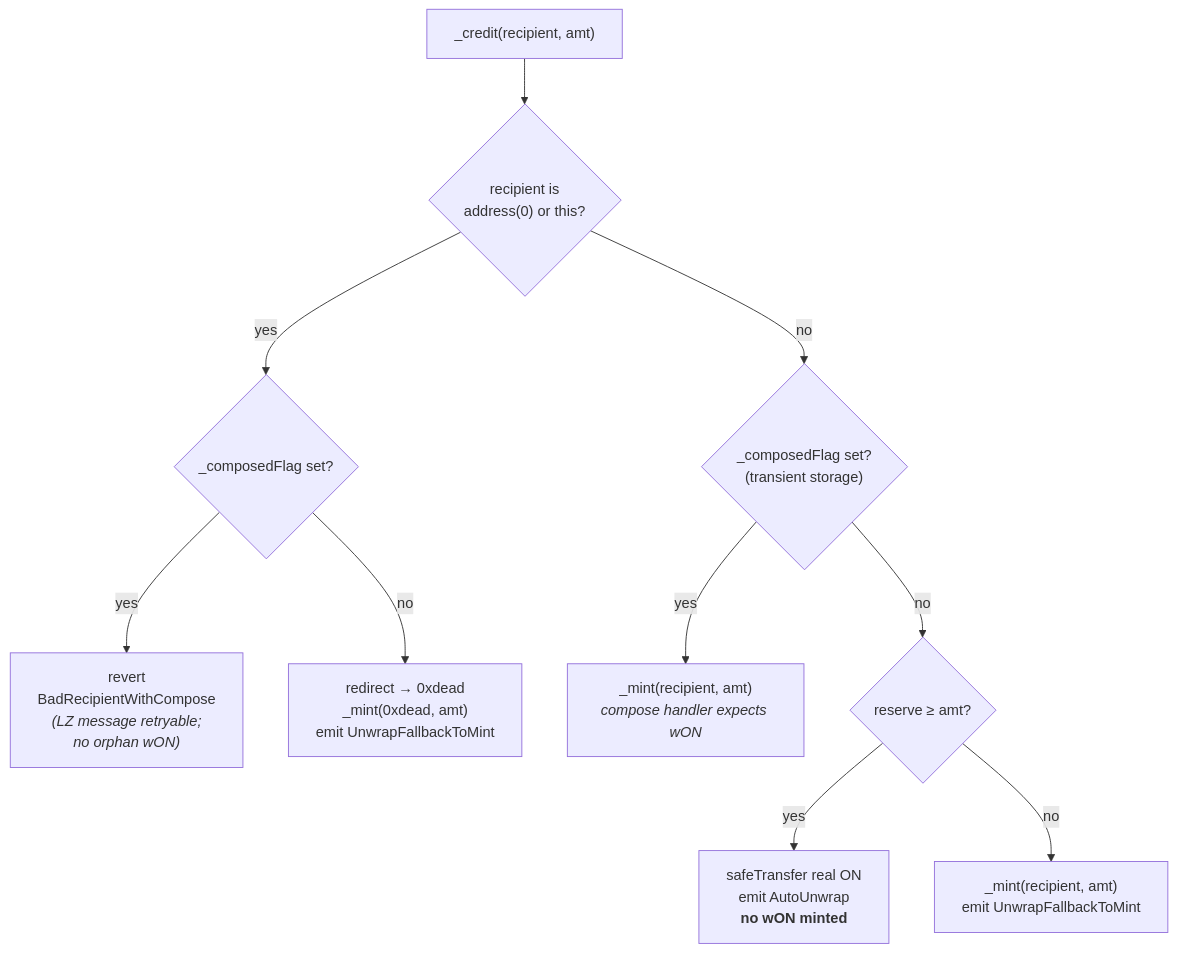
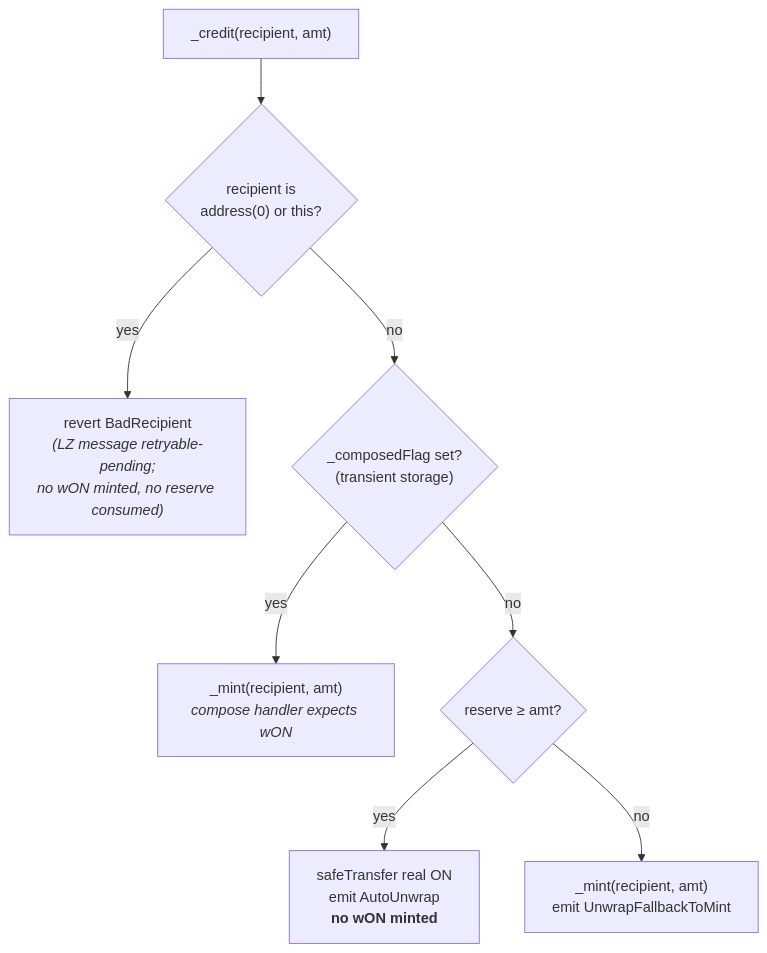
Before and after one commit to orochi-network/bridge: the third of 3 diagrams in docs/ARCHITECTURE.md, drawn with Mermaid. The commit also changed other lines of this file and 7 other files, not shown here.

First line of the commit message:
fix(_credit): replace 0xdead redirect with explicit BadRecipient revert

````diff
--- a/docs/ARCHITECTURE.md
+++ b/docs/ARCHITECTURE.md
@@ -124,12 +120,10 @@
 ```mermaid
 flowchart TD
     A["_credit(recipient, amt)"] --> B{"recipient is<br/>address(0) or this?"}
-    B -->|yes| BC{"_composedFlag set?"}
+    B -->|yes| BR["revert BadRecipient<br/><i>(LZ message retryable-pending;<br/>no wON minted, no reserve consumed)</i>"]
     B -->|no| D{"_composedFlag set?<br/>(transient storage)"}
-    BC -->|yes| BR["revert<br/>BadRecipientWithCompose<br/><i>(LZ message retryable;<br/>no orphan wON)</i>"]
-    BC -->|no| C["redirect → 0xdead<br/>_mint(0xdead, amt)<br/>emit UnwrapFallbackToMint"]
     D -->|yes| F["_mint(recipient, amt)<br/><i>compose handler expects wON</i>"]
     D -->|no| G{"reserve ≥ amt?"}
     G -->|yes| H["safeTransfer real ON<br/>emit AutoUnwrap<br/><b>no wON minted</b>"]
     G -->|no| I["_mint(recipient, amt)<br/>emit UnwrapFallbackToMint"]
 ```
````
